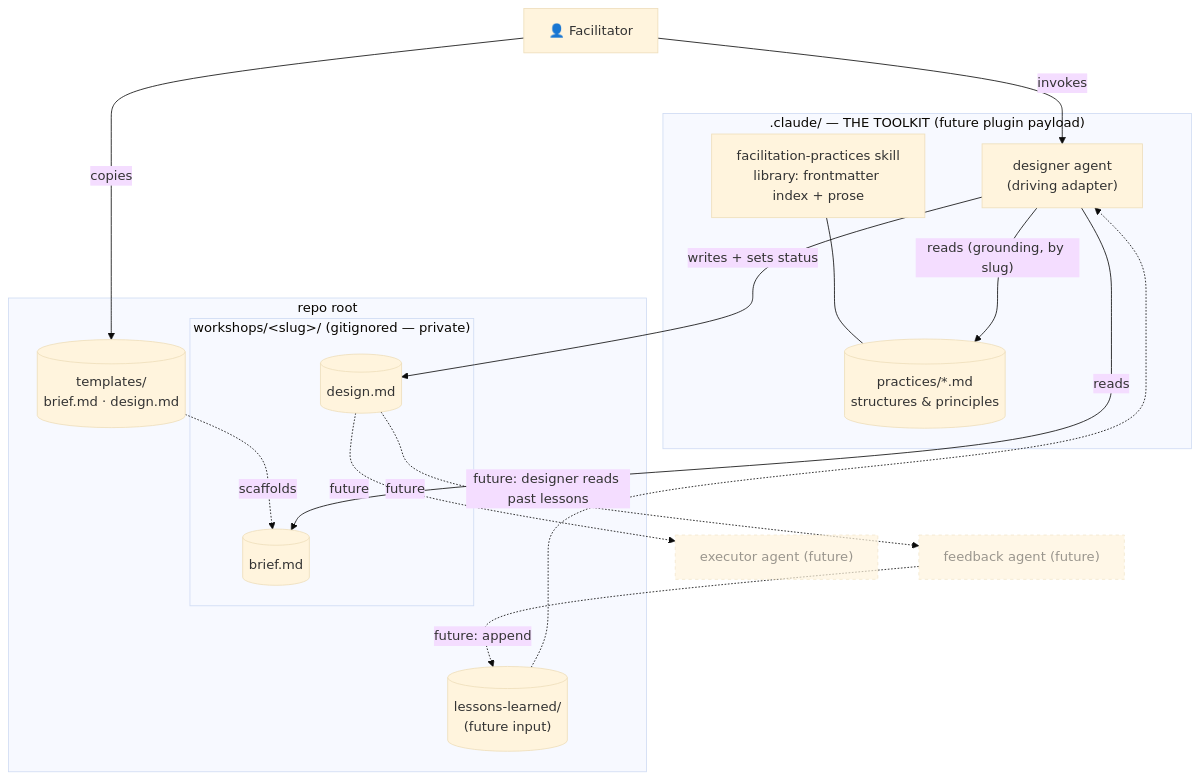
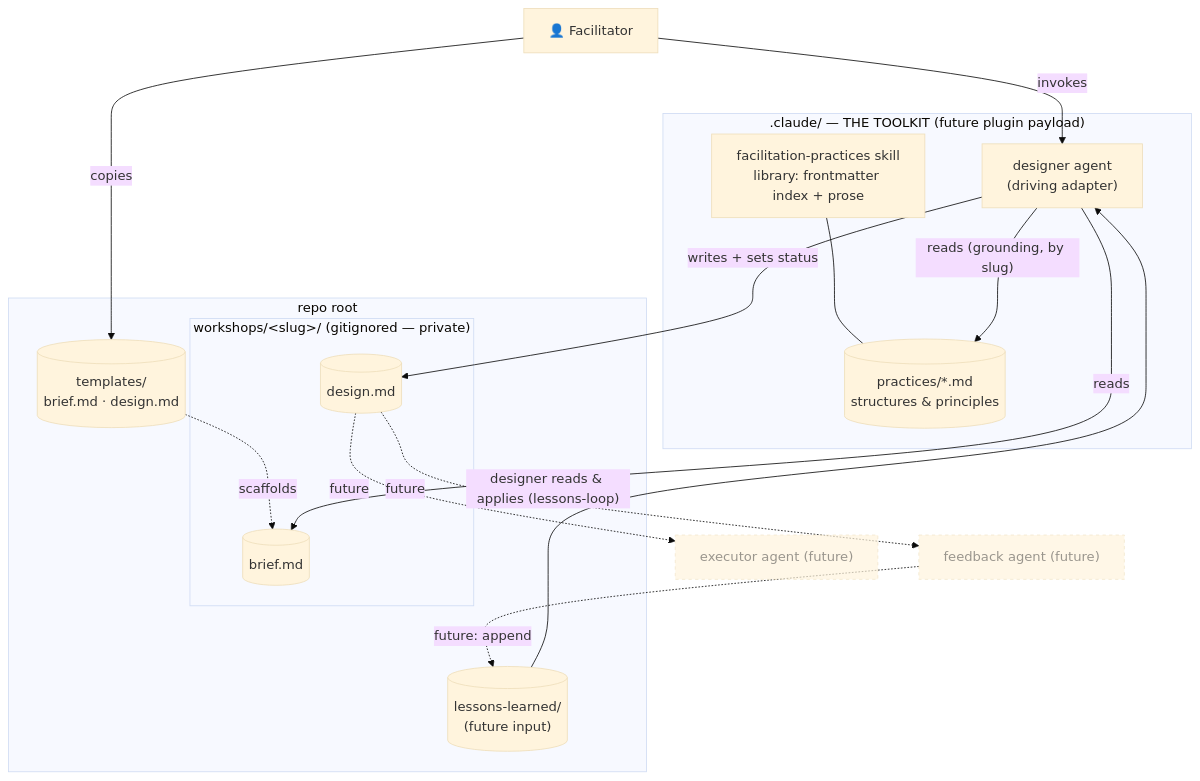
One commit to LetPeopleWork/LetPeopleWorkShop changed the second of 4 diagrams in docs/product/architecture/brief.md. Above: the diagram before and after it, drawn with Mermaid (base theme). The commit also changed other lines of this file and 5 other files, not shown here.

First line of the commit message:
feat(lessons-loop): close the learning cycle — designer applies past lessons

````diff
--- a/docs/product/architecture/brief.md
+++ b/docs/product/architecture/brief.md
@@ -103,35 +104,35 @@
 ```mermaid
 flowchart TB
     facilitator["👤 Facilitator"]
 
     subgraph claude[".claude/ — THE TOOLKIT (future plugin payload)"]
       designer["designer agent<br/>(driving adapter)"]
       skill["facilitation-practices skill<br/>library: frontmatter index + prose"]
       practices[("practices/*.md<br/>structures &amp; principles")]
       skill --- practices
     end
 
     subgraph root["repo root"]
       templates[("templates/<br/>brief.md · design.md")]
       subgraph store["workshops/&lt;slug&gt;/  (gitignored — private)"]
         brief[("brief.md")]
         design[("design.md")]
       end
       lessons[("lessons-learned/<br/>(future input)")]
     end
 
     facilitator -->|"invokes"| designer
     facilitator -->|"copies"| templates
     templates -.->|"scaffolds"| brief
     designer -->|"reads (grounding, by slug)"| practices
     designer -->|"reads"| brief
     designer -->|"writes + sets status"| design
-    lessons -.->|"future: designer reads past lessons"| designer
+    lessons -->|"designer reads &amp; applies (lessons-loop)"| designer
 
     executor["executor agent (future)"]:::future
     feedback["feedback agent (future)"]:::future
     design -.->|"future"| executor
     design -.->|"future"| feedback
     feedback -.->|"future: append"| lessons
     classDef future stroke-dasharray: 4 4,opacity:0.7;
 ```
````
